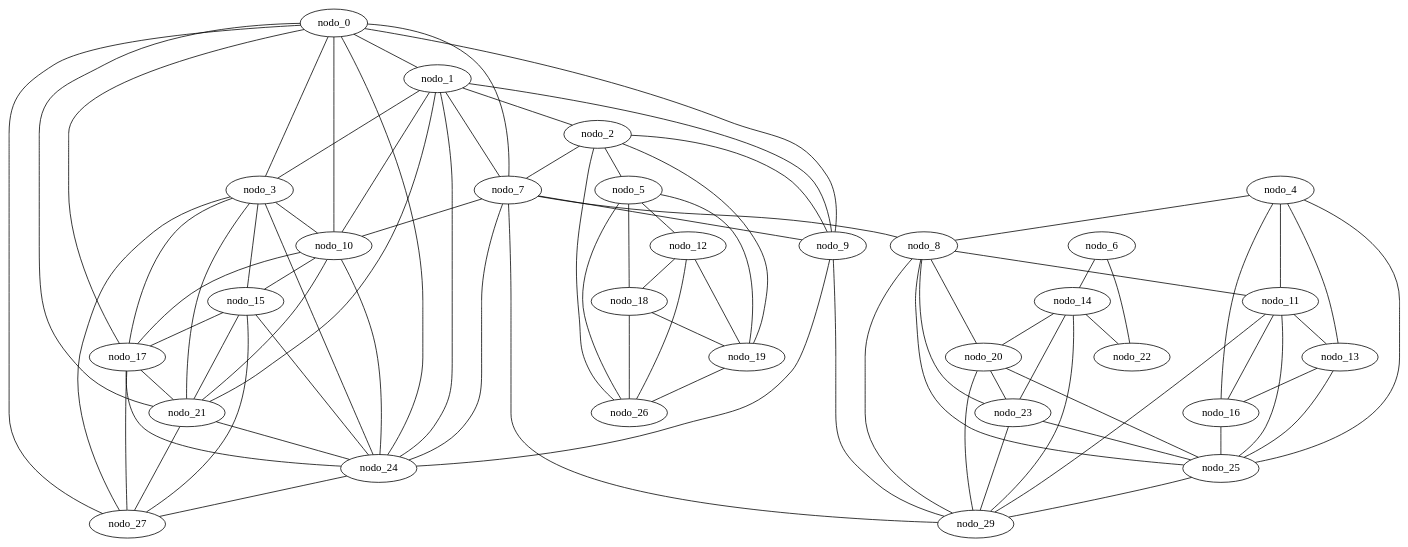
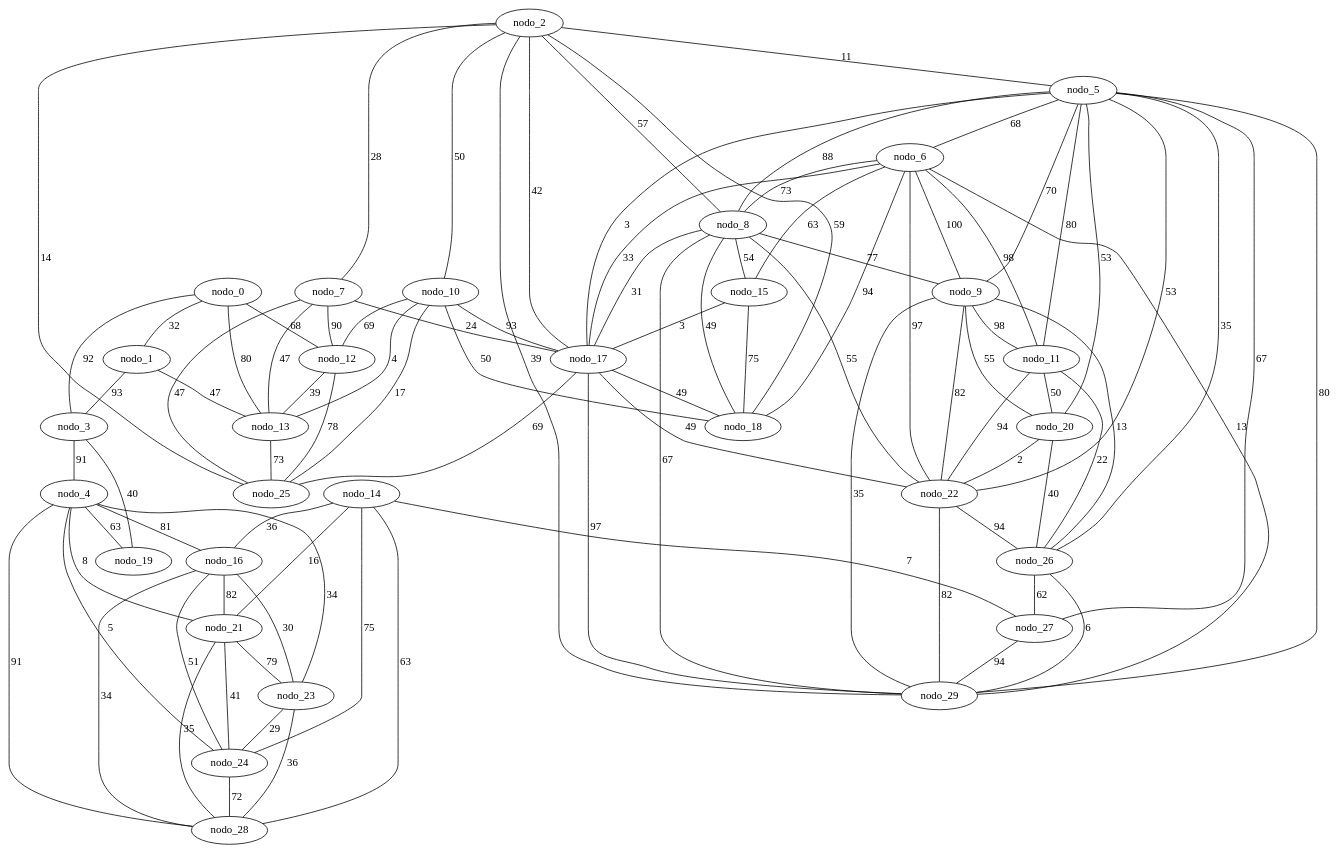
One commit to sinisterra/cic-algoritmos changed the diagram in proyecto03/gen_geografico_30.gv. Above: the diagram before and after it, drawn with Graphviz. The commit also changed 25 other files, not shown here.

```diff
--- a/proyecto03/gen_geografico_30.gv
+++ b/proyecto03/gen_geografico_30.gv
@@ -1,89 +1,96 @@
 graph gen_geografico_30 {
-  nodo_0 -- nodo_17;
-  nodo_1 -- nodo_24;
-  nodo_11 -- nodo_25;
-  nodo_4 -- nodo_16;
-  nodo_11 -- nodo_29;
-  nodo_15 -- nodo_27;
-  nodo_10 -- nodo_15;
-  nodo_18 -- nodo_19;
-  nodo_10 -- nodo_17;
-  nodo_14 -- nodo_20;
-  nodo_18 -- nodo_26;
-  nodo_4 -- nodo_11;
-  nodo_9 -- nodo_24;
-  nodo_4 -- nodo_13;
-  nodo_9 -- nodo_29;
-  nodo_10 -- nodo_21;
-  nodo_14 -- nodo_23;
-  nodo_5 -- nodo_26;
-  nodo_14 -- nodo_22;
-  nodo_0 -- nodo_10;
-  nodo_25 -- nodo_29;
-  nodo_1 -- nodo_21;
-  nodo_21 -- nodo_24;
-  nodo_8 -- nodo_11;
-  nodo_21 -- nodo_27;
-  nodo_0 -- nodo_27;
-  nodo_1 -- nodo_2;
-  nodo_1 -- nodo_3;
-  nodo_0 -- nodo_24;
-  nodo_3 -- nodo_15;
-  nodo_14 -- nodo_29;
-  nodo_1 -- nodo_7;
-  nodo_13 -- nodo_16;
-  nodo_3 -- nodo_17;
-  nodo_1 -- nodo_9;
-  nodo_10 -- nodo_24;
-  nodo_7 -- nodo_8;
-  nodo_8 -- nodo_25;
-  nodo_7 -- nodo_9;
-  nodo_8 -- nodo_23;
-  nodo_17 -- nodo_27;
-  nodo_3 -- nodo_10;
-  nodo_20 -- nodo_25;
-  nodo_8 -- nodo_29;
-  nodo_17 -- nodo_21;
-  nodo_20 -- nodo_23;
-  nodo_4 -- nodo_25;
-  nodo_17 -- nodo_24;
-  nodo_0 -- nodo_21;
-  nodo_24 -- nodo_27;
-  nodo_7 -- nodo_10;
-  nodo_8 -- nodo_20;
-  nodo_20 -- nodo_29;
-  nodo_3 -- nodo_27;
-  nodo_13 -- nodo_25;
-  nodo_12 -- nodo_19;
-  nodo_2 -- nodo_19;
-  nodo_12 -- nodo_18;
-  nodo_7 -- nodo_24;
-  nodo_16 -- nodo_25;
-  nodo_3 -- nodo_21;
-  nodo_6 -- nodo_14;
-  nodo_7 -- nodo_29;
-  nodo_3 -- nodo_24;
-  nodo_23 -- nodo_25;
-  nodo_23 -- nodo_29;
-  nodo_0 -- nodo_1;
-  nodo_0 -- nodo_3;
-  nodo_0 -- nodo_7;
-  nodo_2 -- nodo_5;
-  nodo_5 -- nodo_18;
-  nodo_12 -- nodo_26;
-  nodo_2 -- nodo_26;
-  nodo_0 -- nodo_9;
-  nodo_2 -- nodo_7;
-  nodo_5 -- nodo_19;
-  nodo_11 -- nodo_13;
-  nodo_2 -- nodo_9;
-  nodo_4 -- nodo_8;
-  nodo_15 -- nodo_17;
-  nodo_11 -- nodo_16;
-  nodo_6 -- nodo_22;
-  nodo_15 -- nodo_24;
-  nodo_5 -- nodo_12;
-  nodo_15 -- nodo_21;
-  nodo_19 -- nodo_26;
-  nodo_1 -- nodo_10;
+  nodo_0 -- nodo_13 [label=80 weight=80];
+  nodo_0 -- nodo_12 [label=68 weight=68];
+  nodo_5 -- nodo_29 [label=80 weight=80];
+  nodo_10 -- nodo_12 [label=69 weight=69];
+  nodo_4 -- nodo_16 [label=81 weight=81];
+  nodo_11 -- nodo_26 [label=22 weight=22];
+  nodo_4 -- nodo_19 [label=63 weight=63];
+  nodo_14 -- nodo_16 [label=36 weight=36];
+  nodo_10 -- nodo_13 [label=4 weight=4];
+  nodo_10 -- nodo_18 [label=50 weight=50];
+  nodo_10 -- nodo_17 [label=93 weight=93];
+  nodo_14 -- nodo_21 [label=16 weight=16];
+  nodo_5 -- nodo_20 [label=53 weight=53];
+  nodo_8 -- nodo_15 [label=54 weight=54];
+  nodo_9 -- nodo_26 [label=13 weight=13];
+  nodo_5 -- nodo_22 [label=53 weight=53];
+  nodo_8 -- nodo_18 [label=49 weight=49];
+  nodo_14 -- nodo_24 [label=75 weight=75];
+  nodo_5 -- nodo_27 [label=67 weight=67];
+  nodo_9 -- nodo_29 [label=35 weight=35];
+  nodo_5 -- nodo_26 [label=35 weight=35];
+  nodo_8 -- nodo_17 [label=31 weight=31];
+  nodo_21 -- nodo_23 [label=79 weight=79];
+  nodo_21 -- nodo_24 [label=41 weight=41];
+  nodo_9 -- nodo_22 [label=82 weight=82];
+  nodo_21 -- nodo_28 [label=35 weight=35];
+  nodo_9 -- nodo_20 [label=55 weight=55];
+  nodo_1 -- nodo_3 [label=93 weight=93];
+  nodo_3 -- nodo_4 [label=91 weight=91];
+  nodo_4 -- nodo_28 [label=91 weight=91];
+  nodo_14 -- nodo_28 [label=63 weight=63];
+  nodo_10 -- nodo_25 [label=17 weight=17];
+  nodo_14 -- nodo_27 [label=7 weight=7];
+  nodo_3 -- nodo_19 [label=40 weight=40];
+  nodo_5 -- nodo_6 [label=68 weight=68];
+  nodo_17 -- nodo_18 [label=49 weight=49];
+  nodo_5 -- nodo_8 [label=88 weight=88];
+  nodo_5 -- nodo_9 [label=70 weight=70];
+  nodo_7 -- nodo_13 [label=47 weight=47];
+  nodo_17 -- nodo_25 [label=69 weight=69];
+  nodo_20 -- nodo_26 [label=40 weight=40];
+  nodo_4 -- nodo_21 [label=8 weight=8];
+  nodo_7 -- nodo_12 [label=90 weight=90];
+  nodo_4 -- nodo_24 [label=5 weight=5];
+  nodo_7 -- nodo_17 [label=24 weight=24];
+  nodo_8 -- nodo_29 [label=67 weight=67];
+  nodo_4 -- nodo_23 [label=34 weight=34];
+  nodo_17 -- nodo_22 [label=49 weight=49];
+  nodo_20 -- nodo_22 [label=2 weight=2];
+  nodo_24 -- nodo_28 [label=72 weight=72];
+  nodo_8 -- nodo_22 [label=55 weight=55];
+  nodo_6 -- nodo_18 [label=94 weight=94];
+  nodo_12 -- nodo_13 [label=39 weight=39];
+  nodo_2 -- nodo_17 [label=42 weight=42];
+  nodo_13 -- nodo_25 [label=73 weight=73];
+  nodo_2 -- nodo_18 [label=59 weight=59];
+  nodo_17 -- nodo_29 [label=97 weight=97];
+  nodo_6 -- nodo_11 [label=98 weight=98];
+  nodo_16 -- nodo_24 [label=51 weight=51];
+  nodo_7 -- nodo_25 [label=47 weight=47];
+  nodo_2 -- nodo_10 [label=50 weight=50];
+  nodo_6 -- nodo_15 [label=63 weight=63];
+  nodo_16 -- nodo_21 [label=82 weight=82];
+  nodo_6 -- nodo_17 [label=33 weight=33];
+  nodo_16 -- nodo_23 [label=30 weight=30];
+  nodo_23 -- nodo_24 [label=29 weight=29];
+  nodo_27 -- nodo_29 [label=94 weight=94];
+  nodo_23 -- nodo_28 [label=36 weight=36];
+  nodo_0 -- nodo_1 [label=32 weight=32];
+  nodo_0 -- nodo_3 [label=92 weight=92];
+  nodo_1 -- nodo_13 [label=47 weight=47];
+  nodo_2 -- nodo_5 [label=11 weight=11];
+  nodo_2 -- nodo_25 [label=14 weight=14];
+  nodo_5 -- nodo_17 [label=3 weight=3];
+  nodo_6 -- nodo_29 [label=13 weight=13];
+  nodo_2 -- nodo_7 [label=28 weight=28];
+  nodo_2 -- nodo_8 [label=57 weight=57];
+  nodo_12 -- nodo_25 [label=78 weight=78];
+  nodo_2 -- nodo_29 [label=39 weight=39];
+  nodo_16 -- nodo_28 [label=34 weight=34];
+  nodo_15 -- nodo_17 [label=3 weight=3];
+  nodo_15 -- nodo_18 [label=75 weight=75];
+  nodo_6 -- nodo_8 [label=73 weight=73];
+  nodo_6 -- nodo_9 [label=100 weight=100];
+  nodo_6 -- nodo_22 [label=97 weight=97];
+  nodo_8 -- nodo_9 [label=77 weight=77];
+  nodo_5 -- nodo_11 [label=80 weight=80];
+  nodo_11 -- nodo_22 [label=94 weight=94];
+  nodo_11 -- nodo_20 [label=50 weight=50];
+  nodo_26 -- nodo_29 [label=6 weight=6];
+  nodo_26 -- nodo_27 [label=62 weight=62];
+  nodo_22 -- nodo_26 [label=94 weight=94];
+  nodo_9 -- nodo_11 [label=98 weight=98];
+  nodo_22 -- nodo_29 [label=82 weight=82];
 }
```
